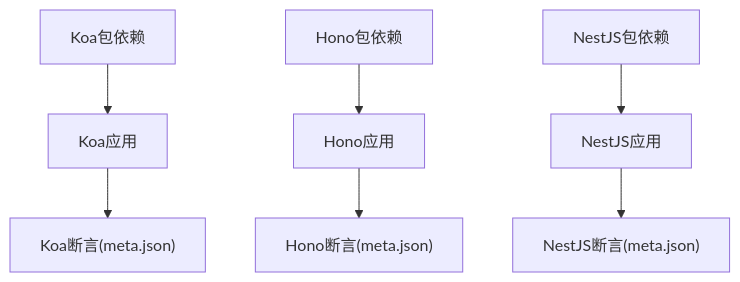
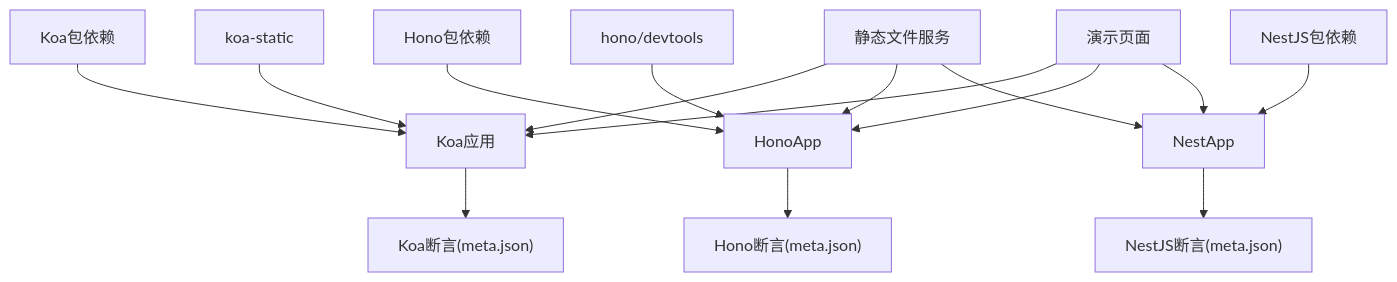
The seventh of 7 diagrams in .qoder/repowiki/zh/content/后端框架测试/Koa、Hono、NestJS框架测试.md (esa-sp/test-for-aone-ci), drawn with Mermaid before and after one commit. The commit also changed other lines of this file and 58 other files, not shown here.

````diff
--- a/.qoder/repowiki/zh/content/后端框架测试/Koa、Hono、NestJS框架测试.md
+++ b/.qoder/repowiki/zh/content/后端框架测试/Koa、Hono、NestJS框架测试.md
@@ -272,9 +419,17 @@
 ```mermaid
 graph TB
 KoaPkg["Koa包依赖"] --> KoaApp["Koa应用"]
-HonoPkg["Hono包依赖"] --> HonoApp["Hono应用"]
-NestPkg["NestJS包依赖"] --> NestApp["NestJS应用"]
+KoaStatic["koa-static"] --> KoaApp
+HonoPkg["Hono包依赖"] --> HonoApp
+HonoDev["hono/devtools"] --> HonoApp
+NestPkg["NestJS包依赖"] --> NestApp
+StaticFiles["静态文件服务"] --> KoaApp
+StaticFiles --> HonoApp
+StaticFiles --> NestApp
+DemoPages["演示页面"] --> KoaApp
+DemoPages --> HonoApp
+DemoPages --> NestApp
 KoaApp --> KoaMeta["Koa断言(meta.json)"]
 HonoApp --> HonoMeta["Hono断言(meta.json)"]
 NestApp --> NestMeta["NestJS断言(meta.json)"]
 ```
````
